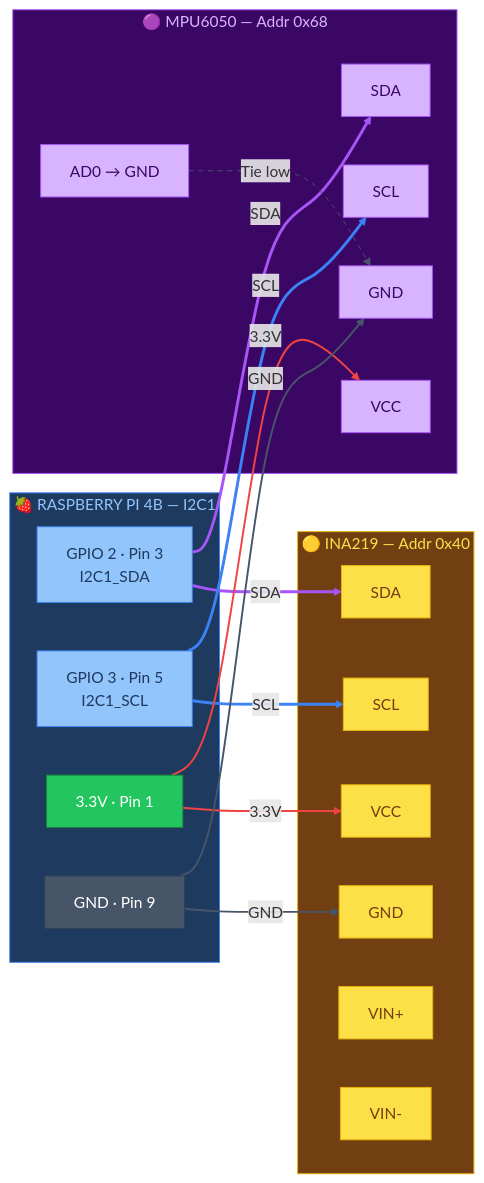
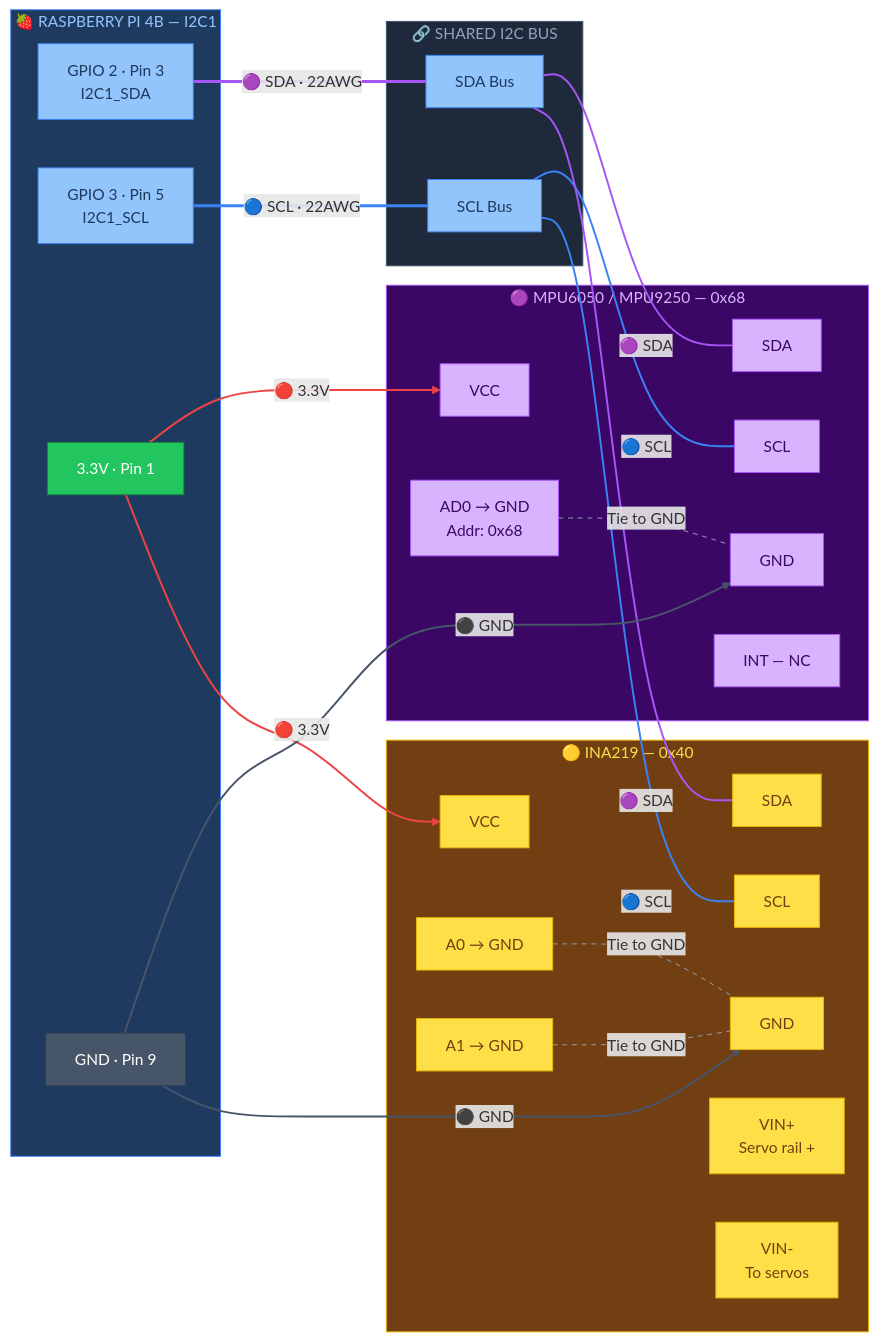
The fourth of 9 diagrams in control/docs/wiring_diagram.md (Major-Project-001/VIGIL-RQ), drawn with Mermaid before and after one commit. The commit also changed other lines of this file, not shown here.

Commit message:
docs: Final wiring diagram — full detail + color-coded linkStyle on every line

````diff
--- a/control/docs/wiring_diagram.md
+++ b/control/docs/wiring_diagram.md
@@ -220,56 +317,78 @@
 ```mermaid
 graph LR
     classDef rpiPin fill:#93c5fd,stroke:#3b82f6,color:#1e3a5f
     classDef imuPin fill:#d8b4fe,stroke:#a855f7,color:#3b0764
     classDef inaPin fill:#fde047,stroke:#eab308,color:#713f12
     classDef gnd fill:#475569,stroke:#334155,color:#fff
     classDef vcc fill:#22c55e,stroke:#15803d,color:#fff
 
     subgraph RPI_I2C["🍓 RASPBERRY PI 4B — I2C1"]
-        R_SDA["GPIO 2 · Pin 3<br/>I2C1_SDA"]:::rpiPin
-        R_SCL["GPIO 3 · Pin 5<br/>I2C1_SCL"]:::rpiPin
-        R_3V3["3.3V · Pin 1"]:::vcc
-        R_GND_I["GND · Pin 9"]:::gnd
+        RPI_SDA["GPIO 2 · Pin 3<br/>I2C1_SDA"]:::rpiPin
+        RPI_SCL["GPIO 3 · Pin 5<br/>I2C1_SCL"]:::rpiPin
+        RPI_3V3_I2C["3.3V · Pin 1"]:::vcc
+        RPI_GND_I2C["GND · Pin 9"]:::gnd
     end
 
-    subgraph IMU_BLK["🟣 MPU6050 — Addr 0x68"]
-        I_SDA["SDA"]:::imuPin
-        I_SCL["SCL"]:::imuPin
-        I_VCC["VCC"]:::imuPin
-        I_GND["GND"]:::imuPin
-        I_AD0["AD0 → GND"]:::imuPin
+    subgraph IMU_BLOCK["🟣 MPU6050 / MPU9250 — 0x68"]
+        IMU_SDA["SDA"]:::imuPin
+        IMU_SCL["SCL"]:::imuPin
+        IMU_VCC["VCC"]:::imuPin
+        IMU_GND["GND"]:::imuPin
+        IMU_AD0["AD0 → GND<br/>Addr: 0x68"]:::imuPin
+        IMU_INT["INT — NC"]:::imuPin
     end
 
-    subgraph INA_BLK["🟡 INA219 — Addr 0x40"]
-        N_SDA["SDA"]:::inaPin
-        N_SCL["SCL"]:::inaPin
-        N_VCC["VCC"]:::inaPin
-        N_GND["GND"]:::inaPin
-        N_VP["VIN+"]:::inaPin
-        N_VN["VIN-"]:::inaPin
+    subgraph INA_BLOCK["🟡 INA219 — 0x40"]
+        INA_SDA["SDA"]:::inaPin
+        INA_SCL["SCL"]:::inaPin
+        INA_VCC["VCC"]:::inaPin
+        INA_GND["GND"]:::inaPin
+        INA_VINP["VIN+<br/>Servo rail +"]:::inaPin
+        INA_VINN["VIN-<br/>To servos"]:::inaPin
+        INA_A0["A0 → GND"]:::inaPin
+        INA_A1["A1 → GND"]:::inaPin
     end
 
-    R_SDA -->|"SDA"| I_SDA
-    R_SDA -->|"SDA"| N_SDA
-    R_SCL -->|"SCL"| I_SCL
-    R_SCL -->|"SCL"| N_SCL
-    R_3V3 -->|"3.3V"| I_VCC
-    R_3V3 -->|"3.3V"| N_VCC
-    R_GND_I -->|"GND"| I_GND
-    R_GND_I -->|"GND"| N_GND
-    I_AD0 -.->|"Tie low"| I_GND
+    subgraph I2C_BUS["🔗 SHARED I2C BUS"]
+        BUS_SDA["SDA Bus"]:::rpiPin
+        BUS_SCL["SCL Bus"]:::rpiPin
+    end
+
+    %% RPi → I2C bus (links 0-1)
+    RPI_SDA ===|"🟣 SDA · 22AWG"| BUS_SDA
+    RPI_SCL ===|"🔵 SCL · 22AWG"| BUS_SCL
+
+    %% I2C bus → IMU (links 2-3)
+    BUS_SDA ---|"🟣 SDA"| IMU_SDA
+    BUS_SCL ---|"🔵 SCL"| IMU_SCL
+
+    %% I2C bus → INA219 (links 4-5)
+    BUS_SDA ---|"🟣 SDA"| INA_SDA
+    BUS_SCL ---|"🔵 SCL"| INA_SCL
+
+    %% Power (links 6-9)
+    RPI_3V3_I2C -->|"🔴 3.3V"| IMU_VCC
+    RPI_3V3_I2C -->|"🔴 3.3V"| INA_VCC
+    RPI_GND_I2C -->|"⚫ GND"| IMU_GND
+    RPI_GND_I2C -->|"⚫ GND"| INA_GND
+
+    %% Address config (links 10-12)
+    IMU_AD0 -.-|"Tie to GND"| IMU_GND
+    INA_A0 -.-|"Tie to GND"| INA_GND
+    INA_A1 -.-|"Tie to GND"| INA_GND
 
     linkStyle 0 stroke:#a855f7,stroke-width:3px
-    linkStyle 1 stroke:#a855f7,stroke-width:3px
-    linkStyle 2 stroke:#3b82f6,stroke-width:3px
-    linkStyle 3 stroke:#3b82f6,stroke-width:3px
-    linkStyle 4 stroke:#ef4444,stroke-width:2px
-    linkStyle 5 stroke:#ef4444,stroke-width:2px
-    linkStyle 6 stroke:#475569,stroke-width:2px
-    linkStyle 7 stroke:#475569,stroke-width:2px
-    linkStyle 8 stroke:#475569,stroke-width:1px,stroke-dasharray:5
+    linkStyle 1 stroke:#3b82f6,stroke-width:3px
+    linkStyle 2 stroke:#a855f7,stroke-width:2px
+    linkStyle 3 stroke:#3b82f6,stroke-width:2px
+    linkStyle 4 stroke:#a855f7,stroke-width:2px
+    linkStyle 5 stroke:#3b82f6,stroke-width:2px
+    linkStyle 6,7 stroke:#ef4444,stroke-width:2px
+    linkStyle 8,9 stroke:#475569,stroke-width:2px
+    linkStyle 10,11,12 stroke:#94a3b8,stroke-width:1px,stroke-dasharray:5
 
     style RPI_I2C fill:#1e3a5f,stroke:#3b82f6,color:#93c5fd
-    style IMU_BLK fill:#3b0764,stroke:#a855f7,color:#d8b4fe
-    style INA_BLK fill:#713f12,stroke:#eab308,color:#fde047
+    style IMU_BLOCK fill:#3b0764,stroke:#a855f7,color:#d8b4fe
+    style INA_BLOCK fill:#713f12,stroke:#eab308,color:#fde047
+    style I2C_BUS fill:#1e293b,stroke:#475569,color:#94a3b8
 ```
````
